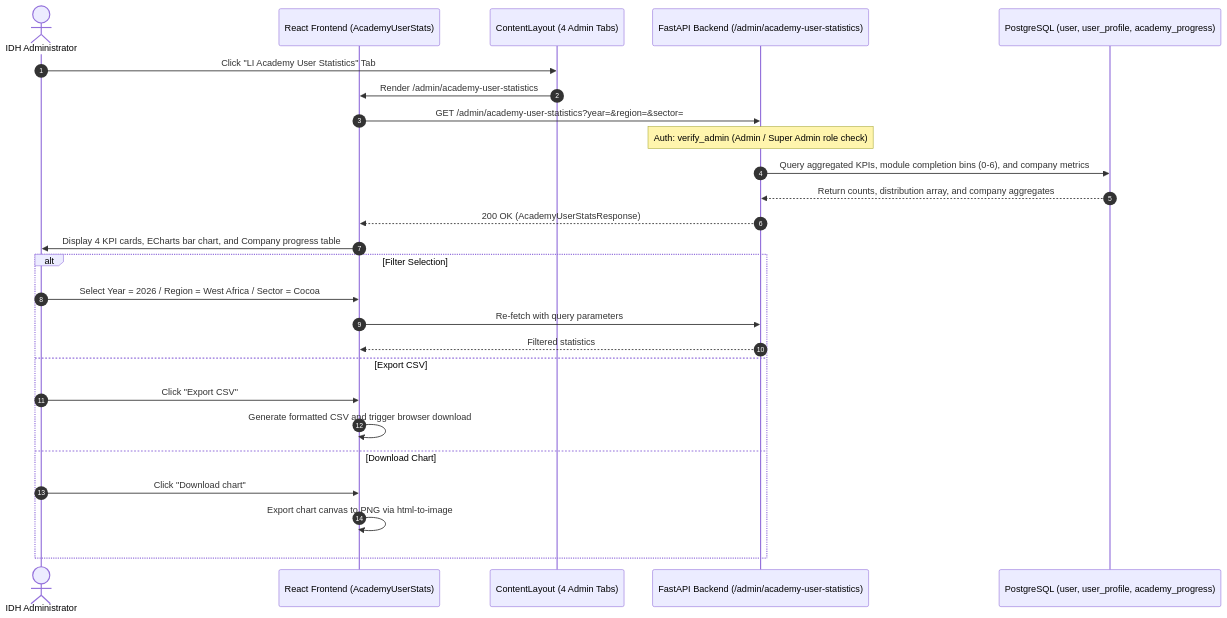
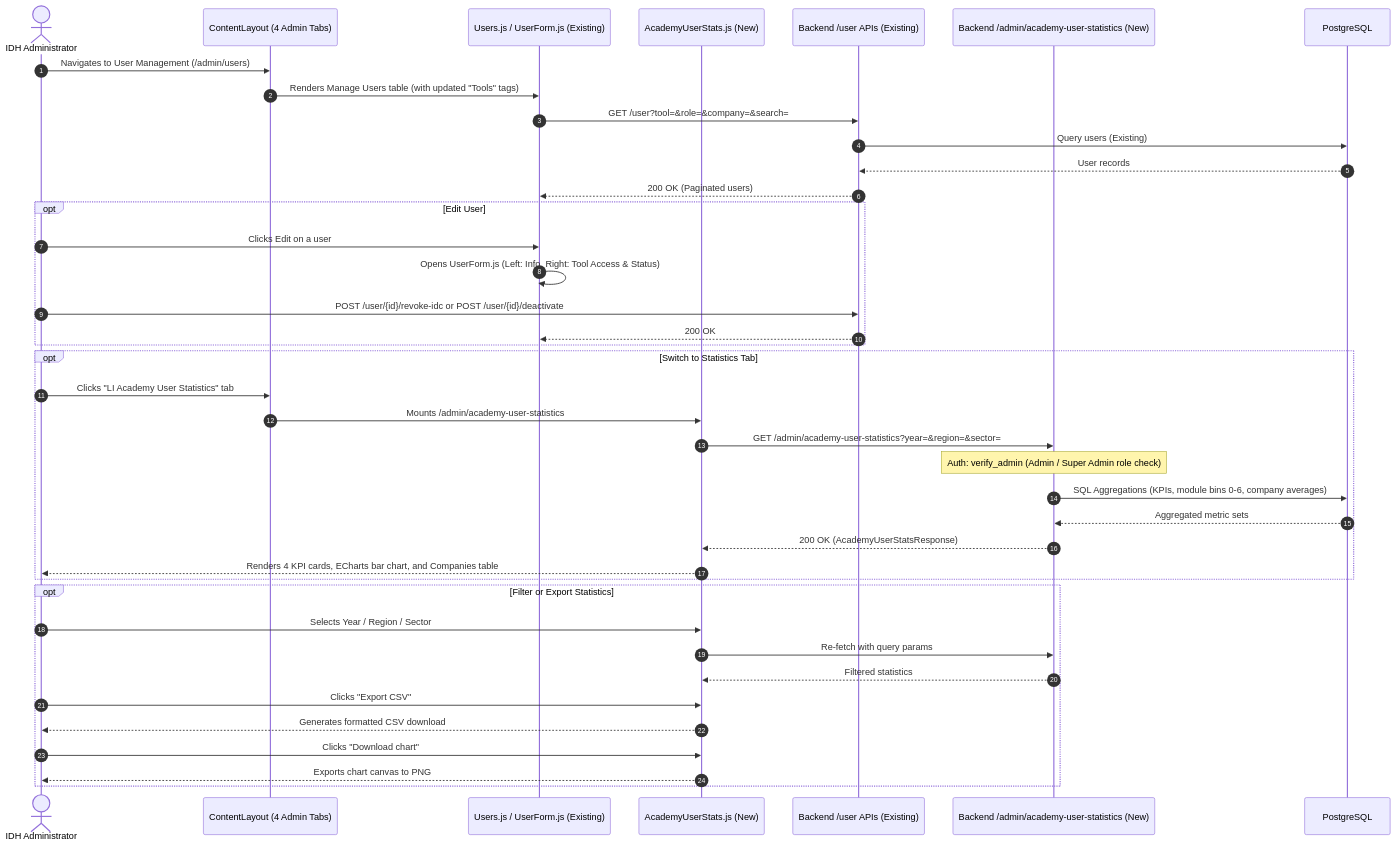
One commit to akvo/IDH-IDC changed the diagram in docs/features/019_joint_admin_page_user_stats_spec.md. Above: the diagram before and after it, drawn with Mermaid. The commit also changed other lines of this file, not shown here.

Commit message:
docs(spec): align joint admin page and academy user stats spec with figma design and zero-duplication matrix

````diff
--- a/docs/features/019_joint_admin_page_user_stats_spec.md
+++ b/docs/features/019_joint_admin_page_user_stats_spec.md
@@ -56,30 +47,46 @@
 ```mermaid
 sequenceDiagram
     autonumber
     actor Admin as IDH Administrator
-    participant UI as React Frontend (AcademyUserStats)
     participant Layout as ContentLayout (4 Admin Tabs)
-    participant API as FastAPI Backend (/admin/academy-user-statistics)
-    participant DB as PostgreSQL (user, user_profile, academy_progress)
+    participant UsersUI as Users.js / UserForm.js (Existing)
+    participant StatsUI as AcademyUserStats.js (New)
+    participant UserAPI as Backend /user APIs (Existing)
+    participant StatsAPI as Backend /admin/academy-user-statistics (New)
+    participant DB as PostgreSQL
 
-    Admin->>Layout: Click "LI Academy User Statistics" Tab
-    Layout->>UI: Render /admin/academy-user-statistics
-    UI->>API: GET /admin/academy-user-statistics?year=&region=&sector=
-    Note over API: Auth: verify_admin (Admin / Super Admin role check)
-    API->>DB: Query aggregated KPIs, module completion bins (0-6), and company metrics
-    DB-->>API: Return counts, distribution array, and company aggregates
-    API-->>UI: 200 OK (AcademyUserStatsResponse)
-    UI->>Admin: Display 4 KPI cards, ECharts bar chart, and Company progress table
+    Admin->>Layout: Navigates to User Management (/admin/users)
+    Layout->>UsersUI: Renders Manage Users table (with updated "Tools" tags)
+    UsersUI->>UserAPI: GET /user?tool=&role=&company=&search=
+    UserAPI->>DB: Query users (Existing)
+    DB-->>UserAPI: User records
+    UserAPI-->>UsersUI: 200 OK (Paginated users)
 
-    alt Filter Selection
-        Admin->>UI: Select Year = 2026 / Region = West Africa / Sector = Cocoa
-        UI->>API: Re-fetch with query parameters
-        API-->>UI: Filtered statistics
-    else Export CSV
-        Admin->>UI: Click "Export CSV"
-        UI->>UI: Generate formatted CSV and trigger browser download
-    else Download Chart
-        Admin->>UI: Click "Download chart"
-        UI->>UI: Export chart canvas to PNG via html-to-image
+    opt Edit User
+        Admin->>UsersUI: Clicks Edit on a user
+        UsersUI->>UsersUI: Opens UserForm.js (Left: Info, Right: Tool Access & Status)
+        Admin->>UserAPI: POST /user/{id}/revoke-idc or POST /user/{id}/deactivate
+        UserAPI-->>UsersUI: 200 OK
+    end
+
+    opt Switch to Statistics Tab
+        Admin->>Layout: Clicks "LI Academy User Statistics" tab
+        Layout->>StatsUI: Mounts /admin/academy-user-statistics
+        StatsUI->>StatsAPI: GET /admin/academy-user-statistics?year=&region=&sector=
+        Note over StatsAPI: Auth: verify_admin (Admin / Super Admin role check)
+        StatsAPI->>DB: SQL Aggregations (KPIs, module bins 0-6, company averages)
+        DB-->>StatsAPI: Aggregated metric sets
+        StatsAPI-->>StatsUI: 200 OK (AcademyUserStatsResponse)
+        StatsUI-->>Admin: Renders 4 KPI cards, ECharts bar chart, and Companies table
+    end
+
+    opt Filter or Export Statistics
+        Admin->>StatsUI: Selects Year / Region / Sector
+        StatsUI->>StatsAPI: Re-fetch with query params
+        StatsAPI-->>StatsUI: Filtered statistics
+        Admin->>StatsUI: Clicks "Export CSV"
+        StatsUI-->>Admin: Generates formatted CSV download
+        Admin->>StatsUI: Clicks "Download chart"
+        StatsUI-->>Admin: Exports chart canvas to PNG
     end
 ```
````
